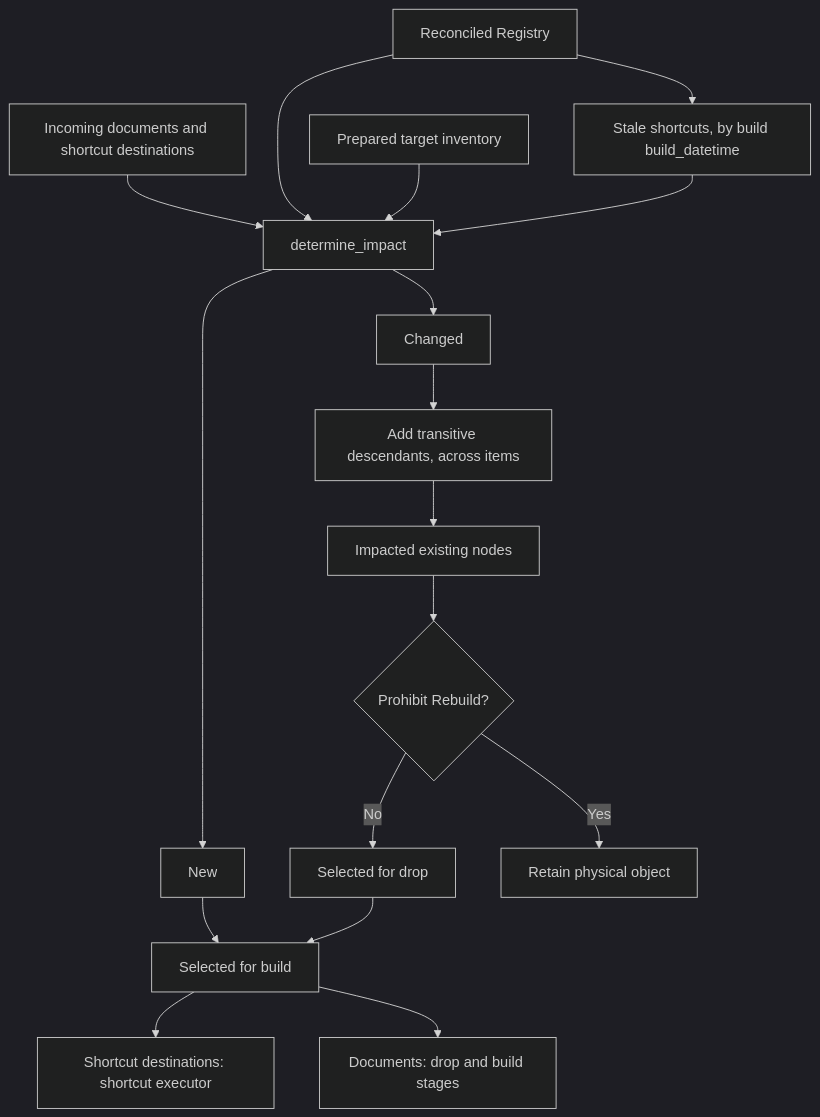
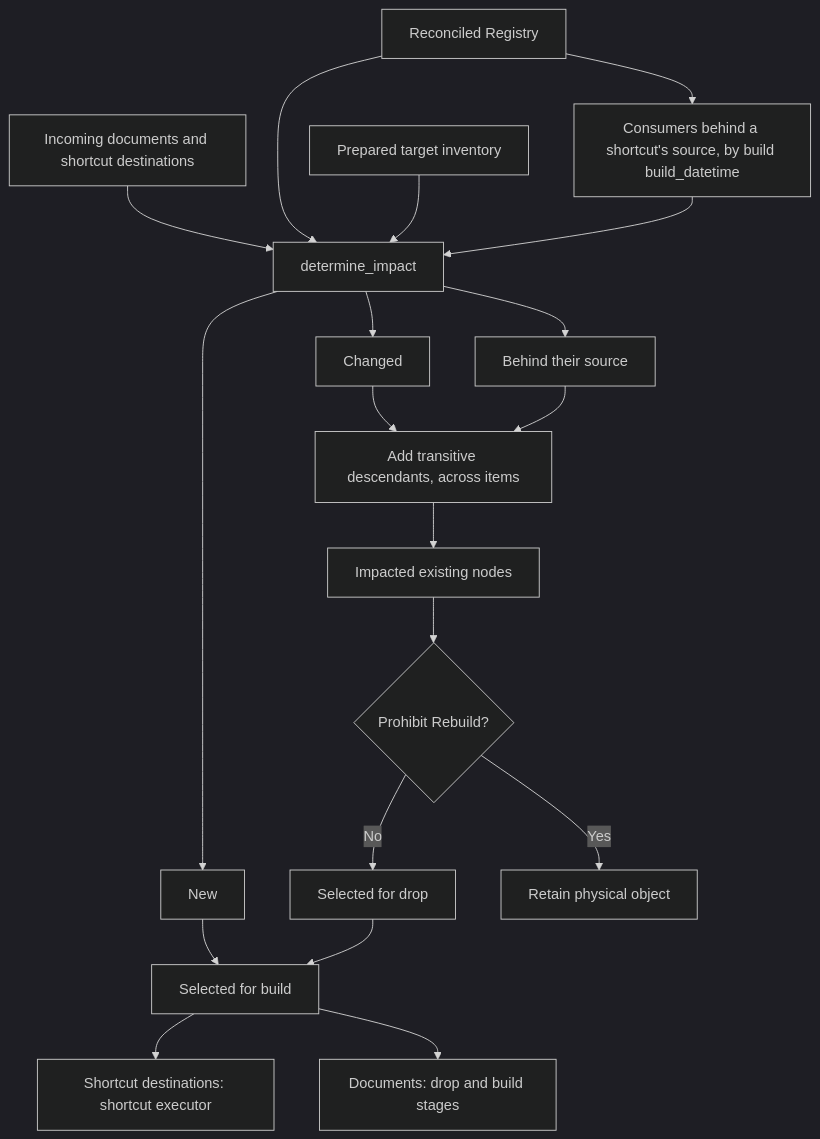
Before and after one commit to matthias-wong-dev/weaverstack: the second of 4 diagrams in design/how-does-build-work.md, drawn with Mermaid (dark theme). The commit also changed other lines of this file and 8 other files, not shown here.

````diff
--- a/design/how-does-build-work.md
+++ b/design/how-does-build-work.md
@@ -431,28 +440,30 @@
 ```mermaid
 flowchart TD
     R["Incoming documents and shortcut destinations"]
     C["Reconciled Registry"]
     T["Prepared target inventory"]
-    E["Stale shortcuts, by build build_datetime"]
+    E["Consumers behind a shortcut's source, by build build_datetime"]
 
     R --> I["determine_impact"]
     C --> I
     T --> I
     C --> E
     E --> I
 
     I --> N["New"]
     I --> H["Changed"]
+    I --> B["Behind their source"]
     H --> D["Add transitive descendants, across items"]
+    B --> D
     D --> A["Impacted existing nodes"]
 
     A --> P{"Prohibit Rebuild?"}
     P -->|No| DROP["Selected for drop"]
     P -->|Yes| KEEP["Retain physical object"]
 
     N --> BUILD["Selected for build"]
     DROP --> BUILD
 
     BUILD --> AL["Shortcut destinations: shortcut executor"]
     BUILD --> DOC["Documents: drop and build stages"]
 ```
````
